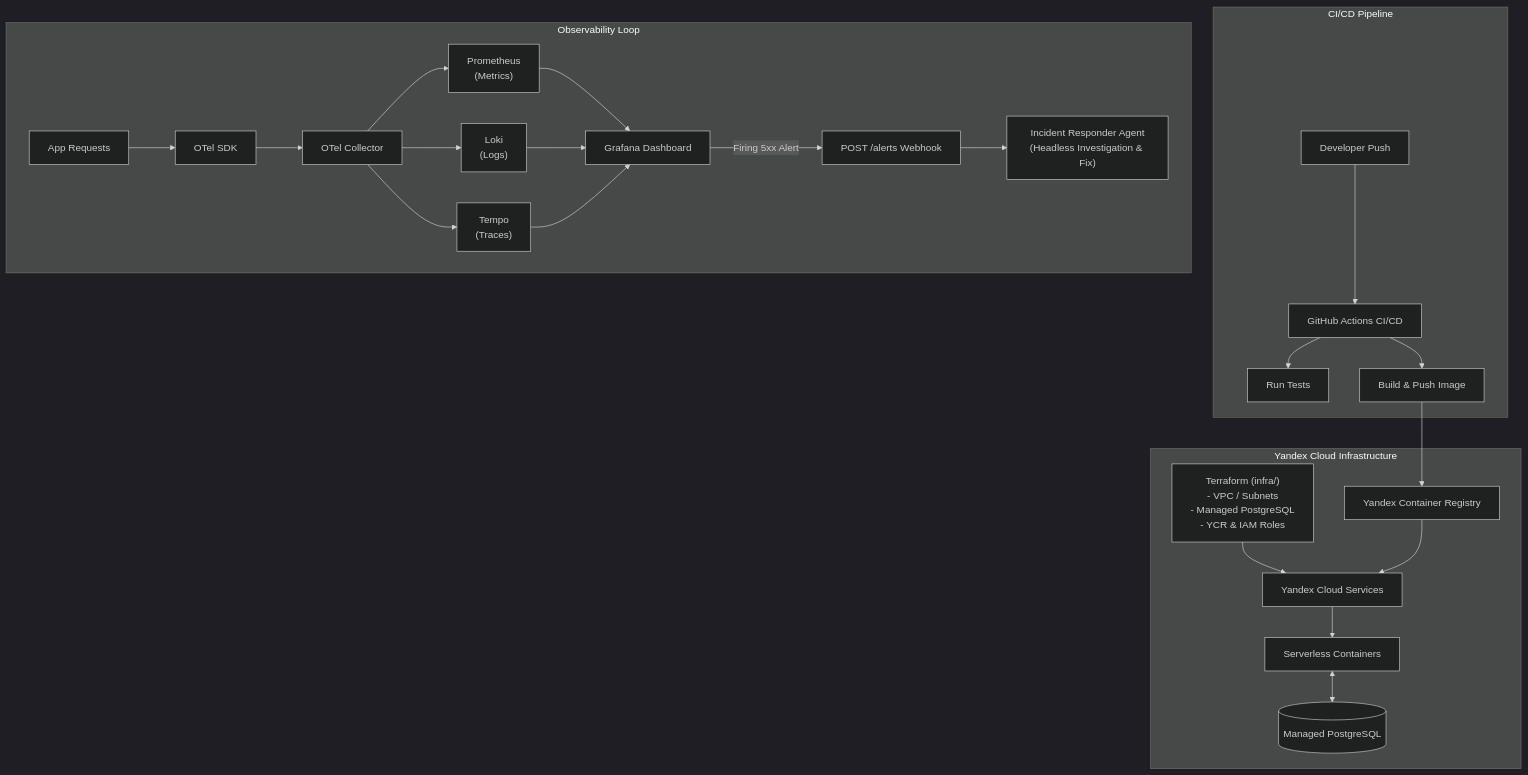
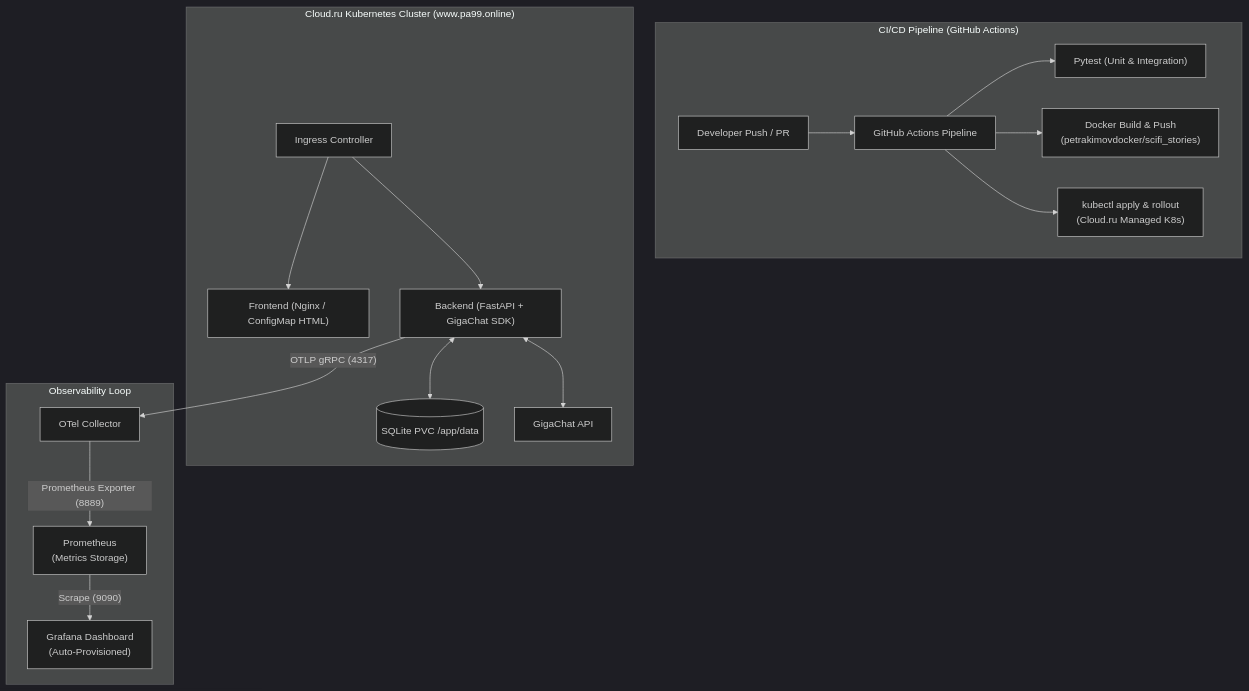
The first of 2 diagrams in README.md (petr-akimov/ai-dev-tools-project-26), drawn with Mermaid (dark theme) before and after one commit. The commit also changed other lines of this file, not shown here.

````diff
--- a/README.md
+++ b/README.md
@@ -36,32 +29,22 @@
 ```mermaid
 flowchart TD
-    subgraph CICD["CI/CD Pipeline"]
-        Dev["Developer Push"] --> GHA["GitHub Actions CI/CD"]
-        GHA --> Tests["Run Tests"]
-        GHA --> Build["Build & Push Image"]
+    subgraph CICD["CI/CD Pipeline (GitHub Actions)"]
+        Dev["Developer Push / PR"] --> GHA["GitHub Actions Pipeline"]
+        GHA --> Tests["Pytest (Unit & Integration)"]
+        GHA --> Build["Docker Build & Push\n(petrakimovdocker/scifi_stories)"]
+        GHA --> Deploy["kubectl apply & rollout\n(Cloud.ru Managed K8s)"]
     end
 
-    subgraph Infra["Yandex Cloud Infrastructure"]
-        TF["Terraform (infra/)\n- VPC / Subnets\n- Managed PostgreSQL\n- YCR & IAM Roles"] --> YCS["Yandex Cloud Services"]
-        Build --> YCR["Yandex Container Registry"]
-        YCR --> YCS
-        YCS --> Serverless["Serverless Containers"]
-        Serverless <--> DB[(Managed PostgreSQL)]
+    subgraph K8s["Cloud.ru Kubernetes Cluster (www.pa99.online)"]
+        Ingress["Ingress Controller"] --> Frontend["Frontend (Nginx / ConfigMap HTML)"]
+        Ingress --> Backend["Backend (FastAPI + GigaChat SDK)"]
+        Backend <--> PVC[(SQLite PVC /app/data)]
+        Backend <--> GigaChat["GigaChat API"]
     end
 
     subgraph Telemetry["Observability Loop"]
-        Req["App Requests"] --> SDK["OTel SDK"]
-        SDK --> Collector["OTel Collector"]
-        
-        Collector --> Prom["Prometheus\n(Metrics)"]
-        Collector --> Loki["Loki\n(Logs)"]
-        Collector --> Tempo["Tempo\n(Traces)"]
-        
-        Prom --> Grafana["Grafana Dashboard"]
-        Loki --> Grafana
-        Tempo --> Grafana
-        
-        Grafana -- "Firing 5xx Alert" --> Webhook["POST /alerts Webhook"]
-        Webhook --> Agent["Incident Responder Agent\n(Headless Investigation & Fix)"]
+        Backend -- "OTLP gRPC (4317)" --> OTelCol["OTel Collector"]
+        OTelCol -- "Prometheus Exporter (8889)" --> Prom["Prometheus\n(Metrics Storage)"]
+        Prom -- "Scrape (9090)" --> Grafana["Grafana Dashboard\n(Auto-Provisioned)"]
     end
 ```
````
